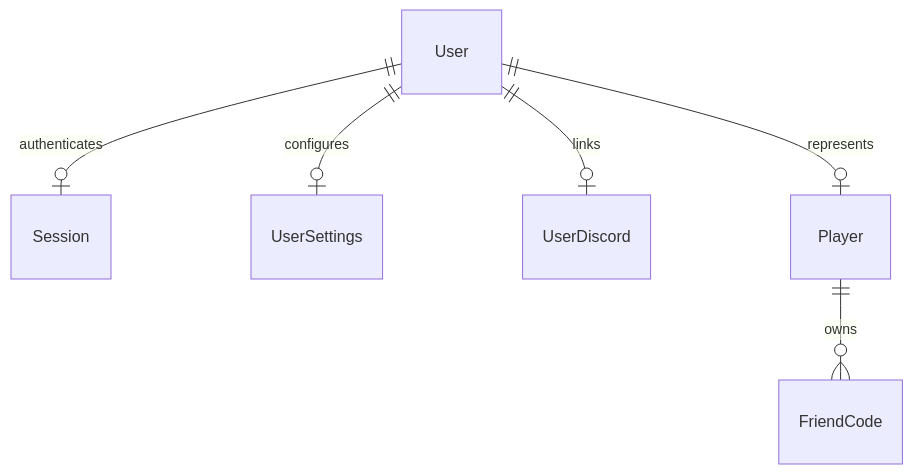
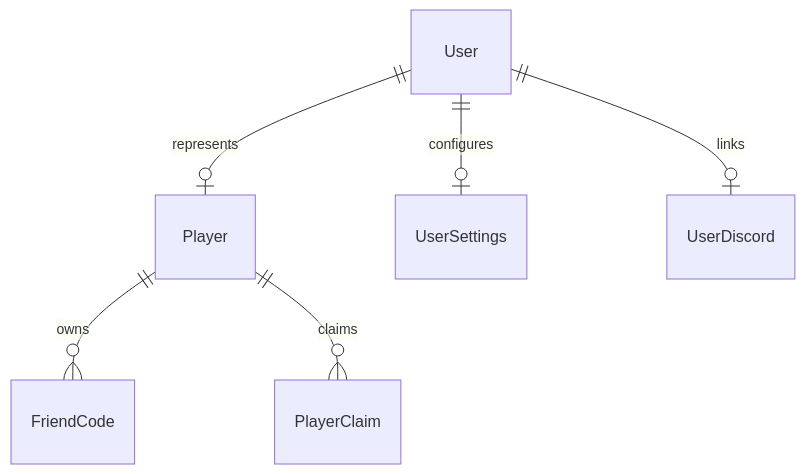
One commit to MarioKartCentral/MarioKartCentral changed the first of 16 diagrams in docs/database.md. Above: the diagram before and after it, drawn with Mermaid. The commit also changed other lines of this file and 37 other files, not shown here.

Commit message:
Implement multi-database architecture

````diff
--- a/docs/database.md
+++ b/docs/database.md
@@ -53,11 +83,8 @@
 ```mermaid
 erDiagram
-    %% Authentication
-    User ||--o| Session : "authenticates"
+    User ||--o| Player : "represents"
     User ||--o| UserSettings : "configures"
     User ||--o| UserDiscord : "links"
-    
-    %% Identity
-    User ||--o| Player : "represents"
     Player ||--o{ FriendCode : "owns"
+    Player ||--o{ PlayerClaim : "claims"
 ```
````
